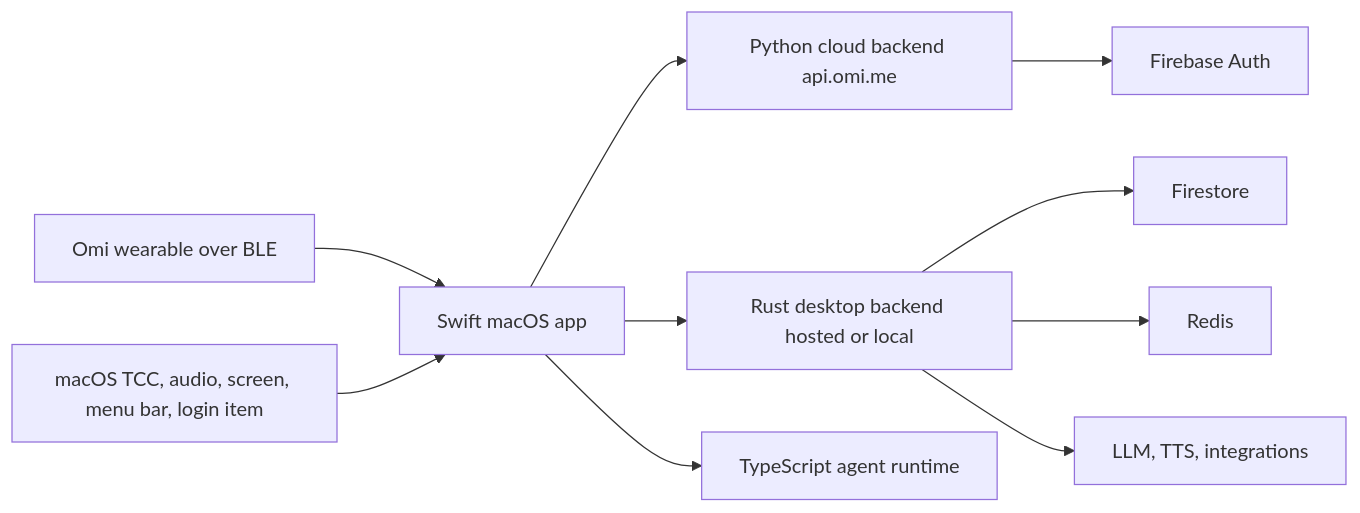
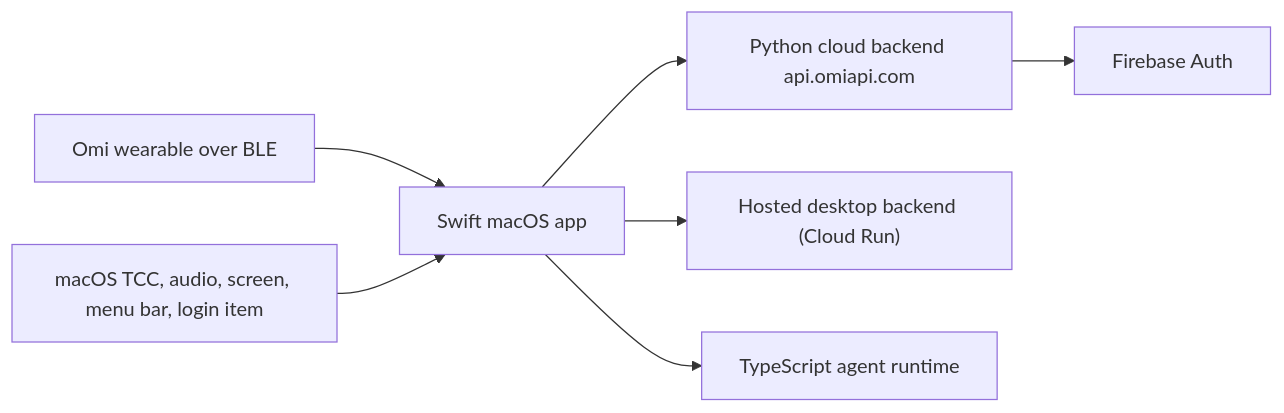
One commit to adamlsneed/omi changed the diagram in desktop/macos/ARCHITECTURE.md. Above: the diagram before and after it, drawn with Mermaid. The commit also changed other lines of this file and 5 other files, not shown here.

First line of the commit message:
docs(fork): retire the Rust desktop backend from fork docs and release.sh

````diff
--- a/desktop/macos/ARCHITECTURE.md
+++ b/desktop/macos/ARCHITECTURE.md
@@ -5,12 +5,9 @@
 ```mermaid
 flowchart LR
   Wearable["Omi wearable over BLE"] --> Swift["Swift macOS app"]
   Mac["macOS TCC, audio, screen, menu bar, login item"] --> Swift
-  Swift --> PythonCloud["Python cloud backend api.omi.me"]
-  Swift --> Rust["Rust desktop backend hosted or local"]
+  Swift --> PythonCloud["Python cloud backend api.omiapi.com"]
+  Swift --> DesktopBackend["Hosted desktop backend (Cloud Run)"]
   Swift --> Agent["TypeScript agent runtime"]
-  Rust --> Firestore["Firestore"]
-  Rust --> Redis["Redis"]
-  Rust --> LLM["LLM, TTS, integrations"]
   PythonCloud --> Firebase["Firebase Auth"]
 ```
````
